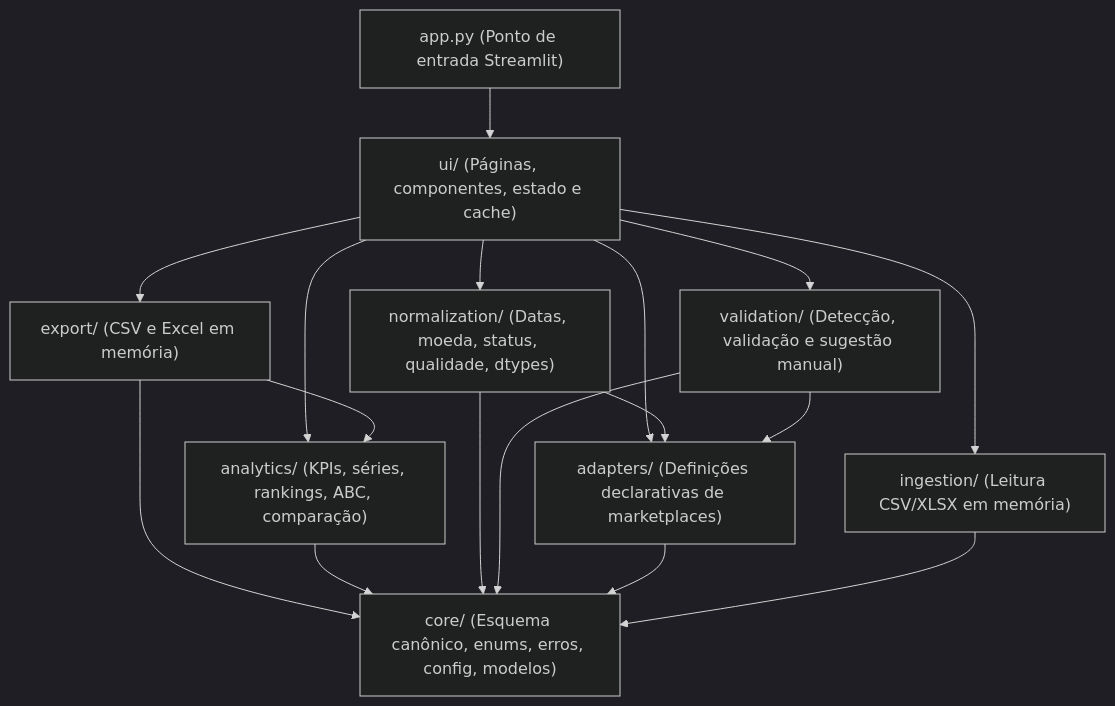
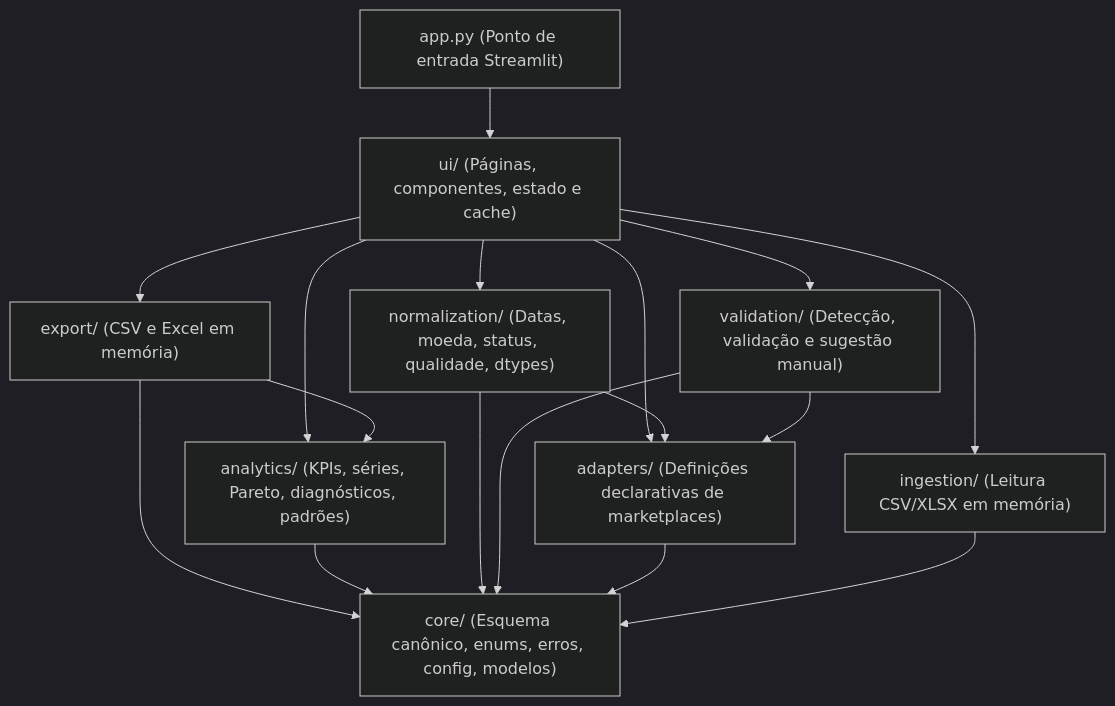
Before and after one commit to Mpierredev/analisador-relatorios-marketplace: the first of 2 diagrams in docs/arquitetura.md, drawn with Mermaid (dark theme). The commit also changed other lines of this file and 3 other files, not shown here.

````diff
--- a/docs/arquitetura.md
+++ b/docs/arquitetura.md
@@ -11,20 +11,20 @@
 ```mermaid
 flowchart TD
     APP["app.py (Ponto de entrada Streamlit)"] --> UI["ui/ (Páginas, componentes, estado e cache)"]
     UI --> EXP["export/ (CSV e Excel em memória)"]
-    UI --> ANA["analytics/ (KPIs, séries, rankings, ABC, comparação)"]
+    UI --> ANA["analytics/ (KPIs, séries, Pareto, diagnósticos, padrões)"]
     UI --> NORM["normalization/ (Datas, moeda, status, qualidade, dtypes)"]
     UI --> VAL["validation/ (Detecção, validação e sugestão manual)"]
     UI --> ING["ingestion/ (Leitura CSV/XLSX em memória)"]
     UI --> ADP["adapters/ (Definições declarativas de marketplaces)"]
 
     EXP --> ANA
     EXP --> CORE["core/ (Esquema canônico, enums, erros, config, modelos)"]
     ANA --> CORE
     NORM --> ADP
     NORM --> CORE
     VAL --> ADP
     VAL --> CORE
     ADP --> CORE
     ING --> CORE
 ```
````
